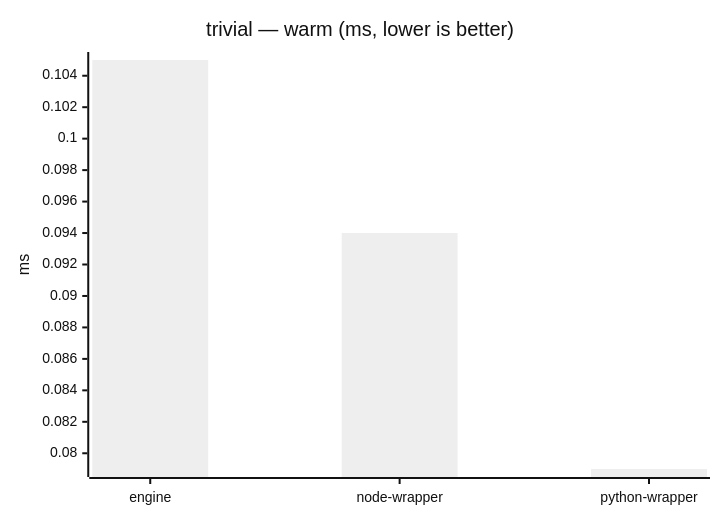
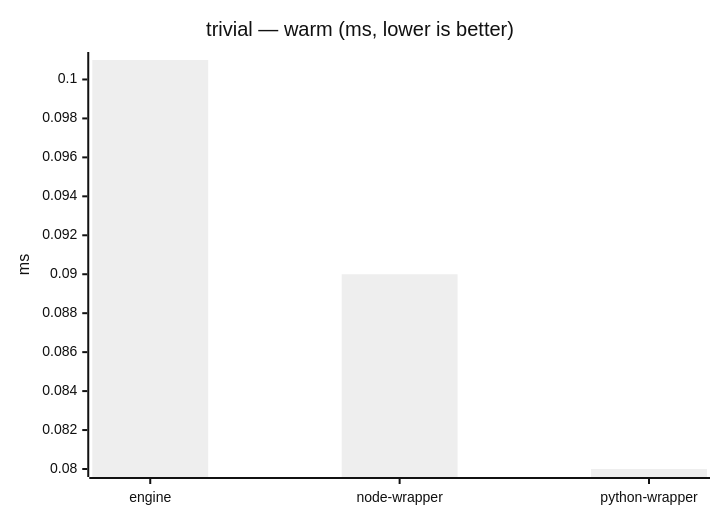
Before and after one commit to mulesoft/data-weave-cli: the third of 23 diagrams in benchmarks/report/RESULTS.md, drawn with Mermaid (neutral theme). The commit also changed other lines of this file, not shown here.

````diff
--- a/benchmarks/report/RESULTS.md
+++ b/benchmarks/report/RESULTS.md
@@ -62,7 +62,7 @@
 ```mermaid
 xychart-beta
     title "trivial — warm (ms, lower is better)"
     x-axis ["engine", "node-wrapper", "python-wrapper"]
     y-axis "ms"
-    bar [0.105, 0.094, 0.079]
+    bar [0.101, 0.09, 0.08]
 ```
````
